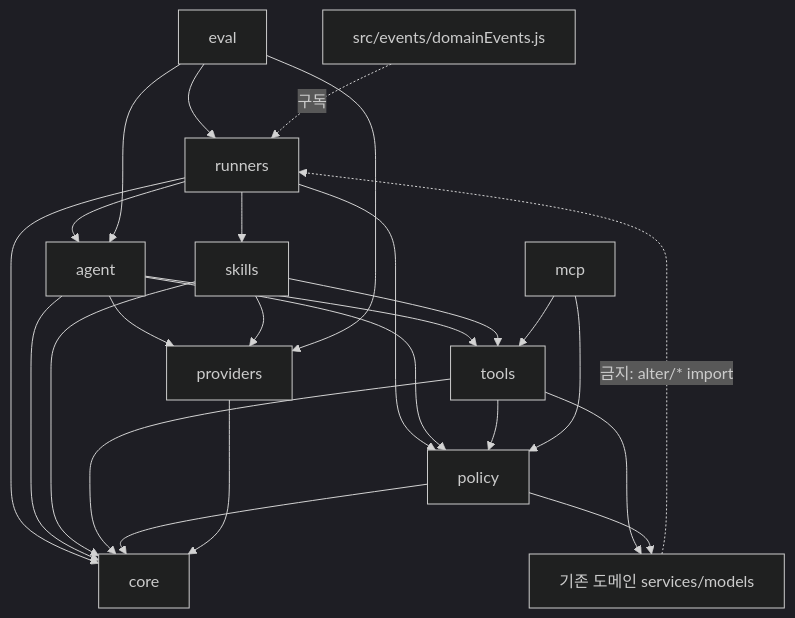
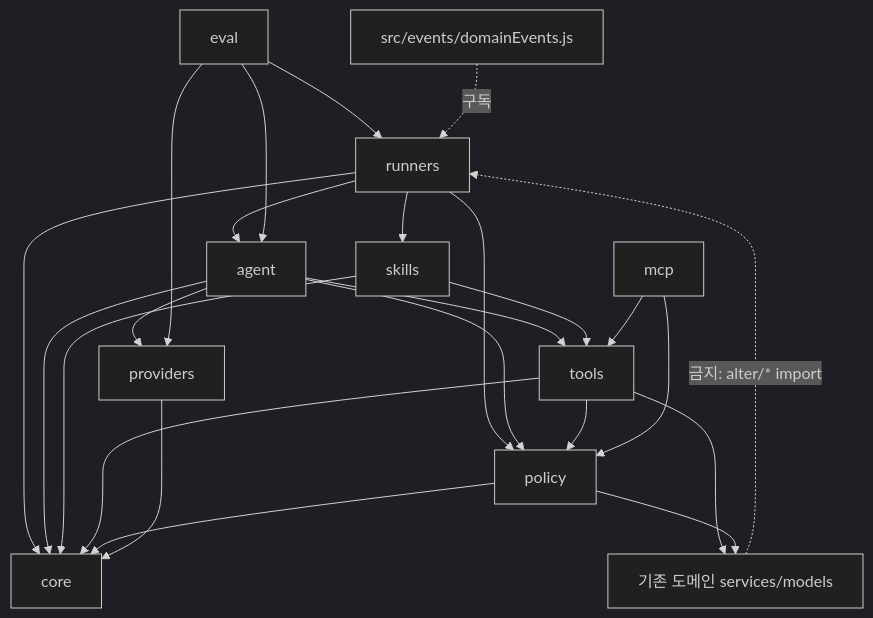
One commit to bmrdevteam/Altsis changed the diagram in documentation/alter/architecture.md. Above: the diagram before and after it, drawn with Mermaid (dark theme). The commit also changed other lines of this file and 2 other files, not shown here.

````diff
--- a/documentation/alter/architecture.md
+++ b/documentation/alter/architecture.md
@@ -320,27 +322,26 @@
 ```mermaid
 graph TD
   runners --> agent
   runners --> skills
   runners --> policy
   runners --> core
   agent --> tools
   agent --> providers
   agent --> policy
   agent --> core
   skills --> tools
-  skills --> providers
   skills --> core
   tools --> policy
   tools --> core
   tools --> domain[기존 도메인 services/models]
   policy --> core
   policy --> domain
   providers --> core
   mcp --> tools
   mcp --> policy
   eval --> runners
   eval --> agent
   eval --> providers
   domain -.->|금지: alter/* import| runners
   domainEvents[src/events/domainEvents.js] -.구독.-> runners
 ```
````
